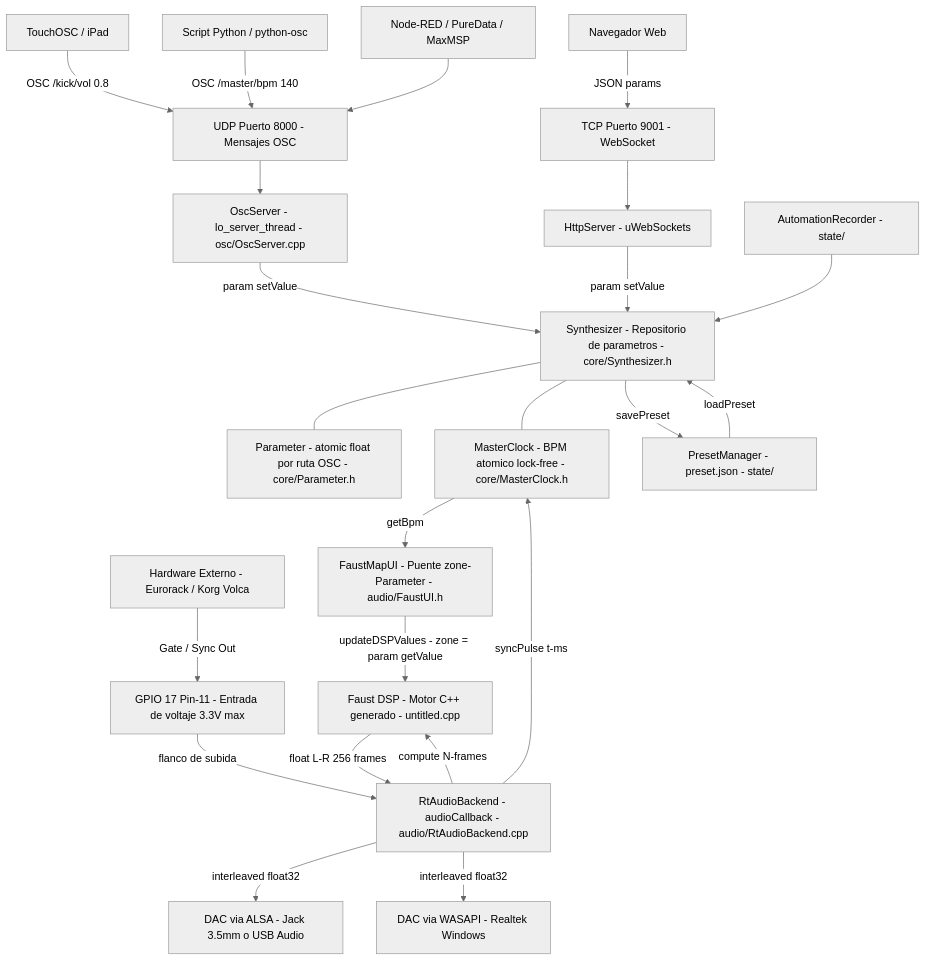
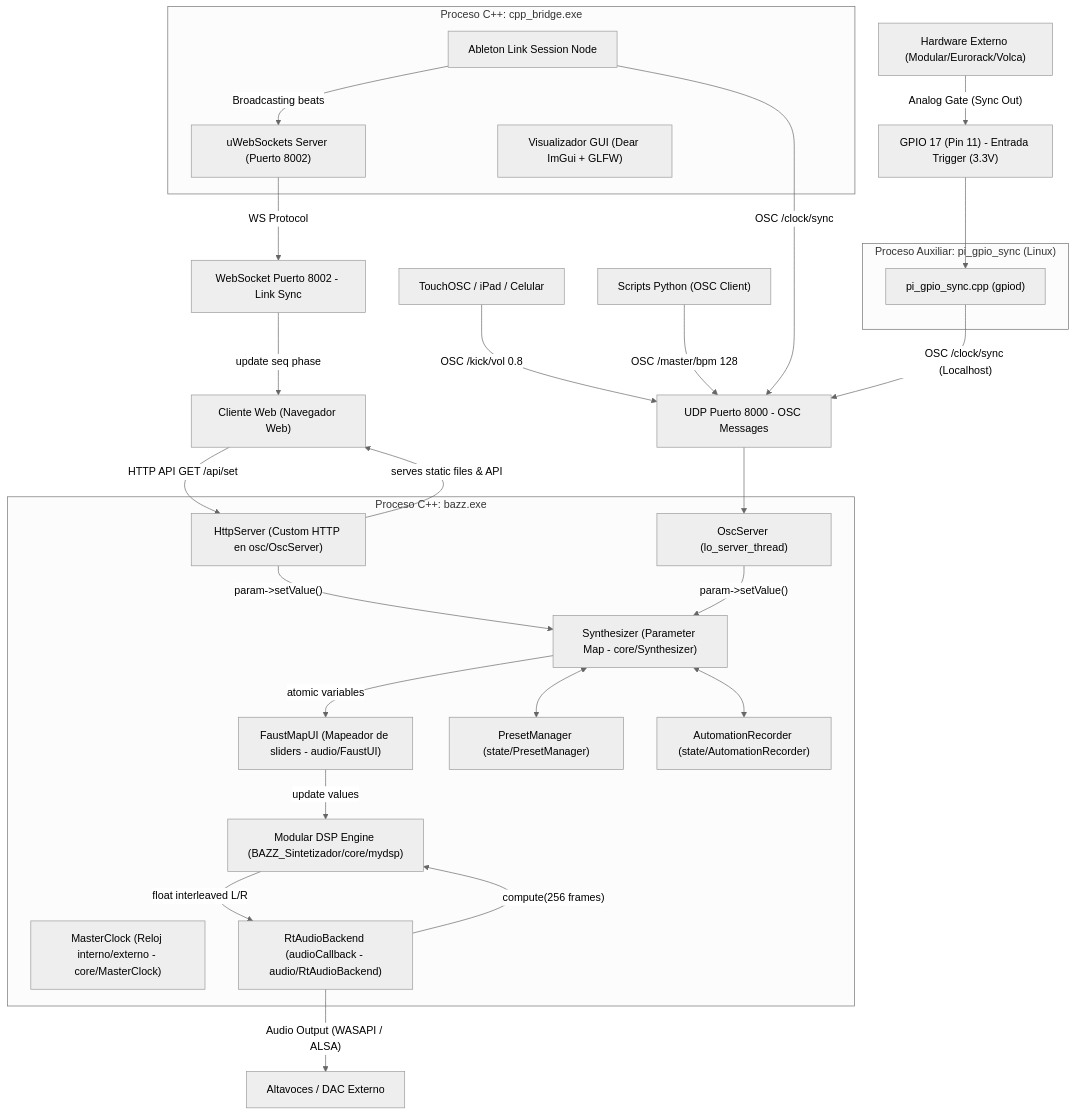
One commit to Zann181/sintetizador changed the diagram in README.md. Above: the diagram before and after it, drawn with Mermaid (neutral theme). The commit also changed other lines of this file, not shown here.

````diff
--- a/README.md
+++ b/README.md
@@ -59,54 +43,68 @@
 ```mermaid
 graph TD
-    TOUCHOSC["TouchOSC / iPad"]
-    PYTHON["Script Python / python-osc"]
-    NODERED["Node-RED / PureData / MaxMSP"]
-    HARDWARE_EXT["Hardware Externo - Eurorack / Korg Volca"]
-    WEB_CLIENT["Navegador Web"]
+    TOUCHOSC["TouchOSC / iPad / Celular"]
+    PYTHON["Scripts Python (OSC Client)"]
+    HARDWARE_EXT["Hardware Externo (Modular/Eurorack/Volca)"]
+    WEB_CLIENT["Cliente Web (Navegador Web)"]
 
-    OSC_UDP["UDP Puerto 8000 - Mensajes OSC"]
-    WS_TCP["TCP Puerto 9001 - WebSocket"]
-    GPIO_IN["GPIO 17 Pin-11 - Entrada de voltaje 3.3V max"]
+    OSC_UDP["UDP Puerto 8000 - OSC Messages"]
+    WS_LINK["WebSocket Puerto 8002 - Link Sync"]
+    GPIO_IN["GPIO 17 (Pin 11) - Entrada Trigger (3.3V)"]
 
-    OSC_SERVER["OscServer - lo_server_thread - osc/OscServer.cpp"]
-    HTTP_SERVER["HttpServer - uWebSockets"]
-    SYNTH["Synthesizer - Repositorio de parametros - core/Synthesizer.h"]
-    MASTERCLOCK["MasterClock - BPM atomico lock-free - core/MasterClock.h"]
-    PARAM["Parameter - atomic float por ruta OSC - core/Parameter.h"]
-    FAUSTUI["FaustMapUI - Puente zone-Parameter - audio/FaustUI.h"]
-    RTAUDIO["RtAudioBackend - audioCallback - audio/RtAudioBackend.cpp"]
-    FAUSTDSP["Faust DSP - Motor C++ generado - untitled.cpp"]
-    PRESET["PresetManager - preset.json - state/"]
-    RECORDER["AutomationRecorder - state/"]
+    subgraph BazzSynthServer ["Proceso C++: bazz.exe"]
+        OSC_SERVER["OscServer (lo_server_thread)"]
+        HTTP_SERVER["HttpServer (Custom HTTP en osc/OscServer)"]
+        SYNTH_CORE["Synthesizer (Parameter Map - core/Synthesizer)"]
+        MASTERCLOCK["MasterClock (Reloj interno/externo - core/MasterClock)"]
+        FAUSTUI["FaustMapUI (Mapeador de sliders - audio/FaustUI)"]
+        RTAUDIO["RtAudioBackend (audioCallback - audio/RtAudioBackend)"]
+        MODULAR_DSP["Modular DSP Engine (BAZZ_Sintetizador/core/mydsp)"]
+        PRESET["PresetManager (state/PresetManager)"]
+        RECORDER["AutomationRecorder (state/AutomationRecorder)"]
+    end
 
-    DAC_ALSA["DAC via ALSA - Jack 3.5mm o USB Audio"]
-    DAC_WIN["DAC via WASAPI - Realtek Windows"]
+    subgraph AbletonLinkBridge ["Proceso C++: cpp_bridge.exe"]
+        LINK_NODE["Ableton Link Session Node"]
+        WS_SERVER["uWebSockets Server (Puerto 8002)"]
+        IMGUI_GUI["Visualizador GUI (Dear ImGui + GLFW)"]
+    end
 
+    subgraph PiGpioSync ["Proceso Auxiliar: pi_gpio_sync (Linux)"]
+        GPIO_DAEMON["pi_gpio_sync.cpp (gpiod)"]
+    end
+
+    %% Relaciones de control externo
     TOUCHOSC -->|"OSC /kick/vol 0.8"| OSC_UDP
-    PYTHON -->|"OSC /master/bpm 140"| OSC_UDP
-    NODERED --> OSC_UDP
-    WEB_CLIENT -->|"JSON params"| WS_TCP
-    HARDWARE_EXT -->|"Gate / Sync Out"| GPIO_IN
+    PYTHON -->|"OSC /master/bpm 128"| OSC_UDP
+    HARDWARE_EXT -->|"Analog Gate (Sync Out)"| GPIO_IN
+    WEB_CLIENT -->|"HTTP API GET /api/set"| HTTP_SERVER
 
+    %% Entrada al servidor
     OSC_UDP --> OSC_SERVER
-    WS_TCP --> HTTP_SERVER
-    OSC_SERVER -->|"param setValue"| SYNTH
-    HTTP_SERVER -->|"param setValue"| SYNTH
-
-    SYNTH --- PARAM
-    SYNTH --- MASTERCLOCK
-
-    GPIO_IN -->|"flanco de subida"| RTAUDIO
-    RTAUDIO -->|"syncPulse t-ms"| MASTERCLOCK
-    MASTERCLOCK -->|"getBpm"| FAUSTUI
-    FAUSTUI -->|"updateDSPValues - zone = param getValue"| FAUSTDSP
-    RTAUDIO -->|"compute N-frames"| FAUSTDSP
-
-    PRESET -->|"loadPreset"| SYNTH
-    SYNTH -->|"savePreset"| PRESET
-    RECORDER --> SYNTH
-
-    FAUSTDSP -->|"float L-R 256 frames"| RTAUDIO
-    RTAUDIO -->|"interleaved float32"| DAC_ALSA
-    RTAUDIO -->|"interleaved float32"| DAC_WIN
+    HTTP_SERVER -->|"serves static files & API"| WEB_CLIENT
+    
+    OSC_SERVER -->|"param->setValue()"| SYNTH_CORE
+    HTTP_SERVER -->|"param->setValue()"| SYNTH_CORE
+    
+    SYNTH_CORE -->|"atomic variables"| FAUSTUI
+    FAUSTUI -->|"update values"| MODULAR_DSP
+    
+    %% Audio Callback loop
+    RTAUDIO -->|"compute(256 frames)"| MODULAR_DSP
+    MODULAR_DSP -->|"float interleaved L/R"| RTAUDIO
+    RTAUDIO -->|"Audio Output (WASAPI / ALSA)"| SPEAKER["Altavoces / DAC Externo"]
+    
+    %% Sincronización Ableton Link
+    LINK_NODE -->|"Broadcasting beats"| WS_SERVER
+    WS_SERVER -->|"WS Protocol"| WS_LINK
+    WS_LINK -->|"update seq phase"| WEB_CLIENT
+    LINK_NODE -->|"OSC /clock/sync"| OSC_UDP
+    
+    %% Sincronización GPIO (Linux)
+    GPIO_IN --> GPIO_DAEMON
+    GPIO_DAEMON -->|"OSC /clock/sync (Localhost)"| OSC_UDP
+    
+    %% Persistencia y Automatización
+    SYNTH_CORE <--> PRESET
+    SYNTH_CORE <--> RECORDER
 ```
````
